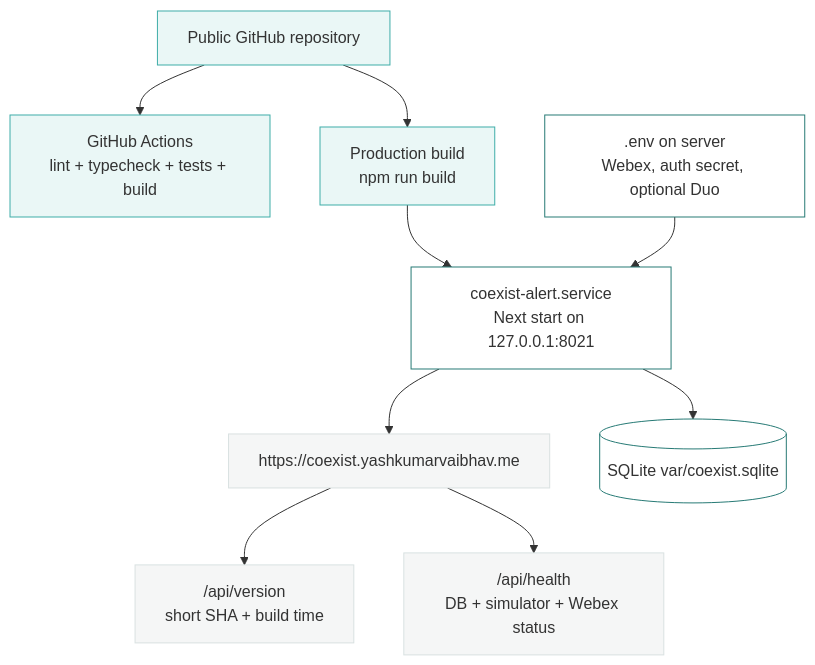
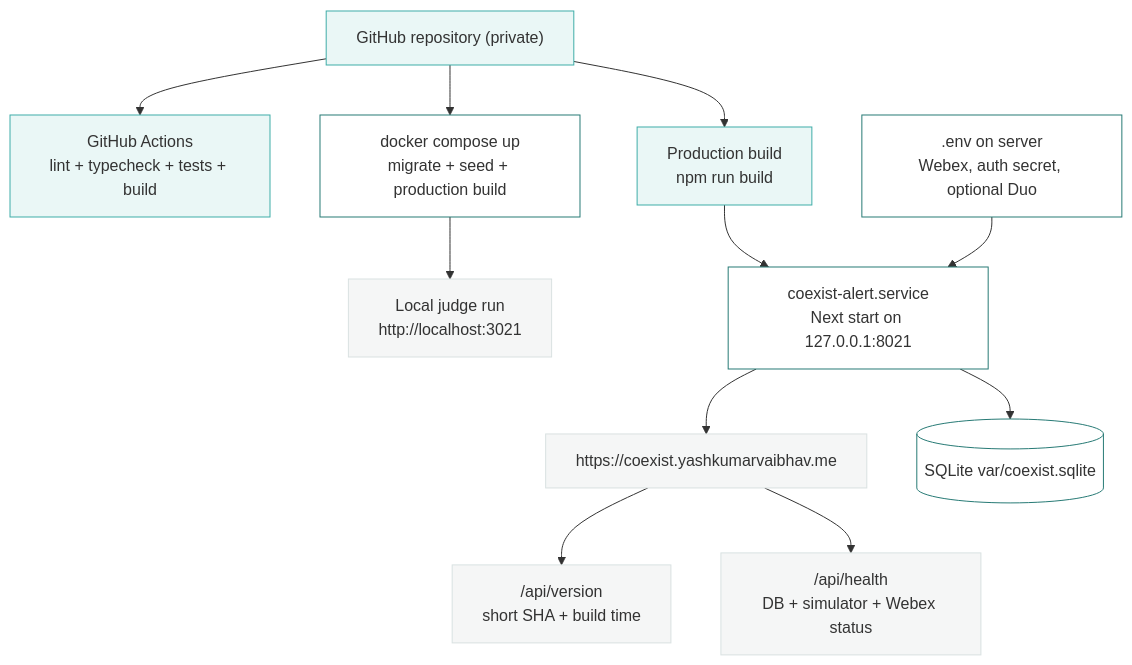
Before and after one commit to yashkumarvaibhav/CoExist-Alert: the diagram in docs/diagrams/architecture-runtime.mmd, drawn with Mermaid. The commit also changed 9 other files, not shown here.

Commit message:
docs: sharpen ADR and architecture submission documents

```diff
--- a/docs/diagrams/architecture-runtime.mmd
+++ b/docs/diagrams/architecture-runtime.mmd
@@ -1,26 +1,30 @@
 flowchart TB
-  Repo["Public GitHub repository"]
+  Repo["GitHub repository (private)"]
   CI["GitHub Actions<br/>lint + typecheck + tests + build"]
   Build["Production build<br/>npm run build"]
+  Docker["docker compose up<br/>migrate + seed + production build"]
+  Local["Local judge run<br/>http://localhost:3021"]
   Service["coexist-alert.service<br/>Next start on 127.0.0.1:8021"]
   Public["https://coexist.yashkumarvaibhav.me"]
   Version["/api/version<br/>short SHA + build time"]
   Health["/api/health<br/>DB + simulator + Webex status"]
   Env[".env on server<br/>Webex, auth secret, optional Duo"]
   DB[("SQLite var/coexist.sqlite")]
 
   Repo --> CI
   Repo --> Build
+  Repo --> Docker
+  Docker --> Local
   Build --> Service
   Env --> Service
   Service --> DB
   Service --> Public
   Public --> Version
   Public --> Health
 
   classDef core fill:#EAF7F6,stroke:#3FADA8,color:#333333;
   classDef runtime fill:#FFFFFF,stroke:#277A75,color:#333333;
   classDef endpoint fill:#F5F6F6,stroke:#D9E1E1,color:#333333;
   class Repo,CI,Build core;
-  class Service,Env,DB runtime;
-  class Public,Version,Health endpoint;
+  class Service,Env,DB,Docker runtime;
+  class Public,Version,Health,Local endpoint;
```
